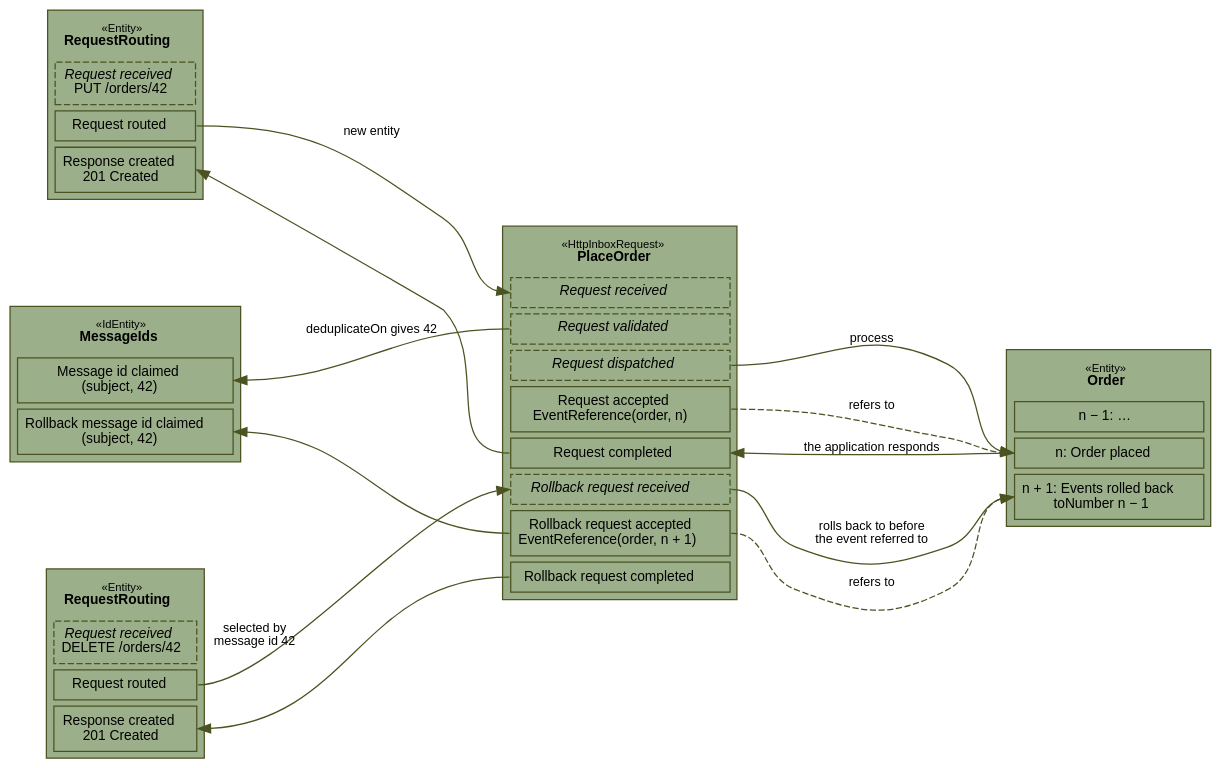
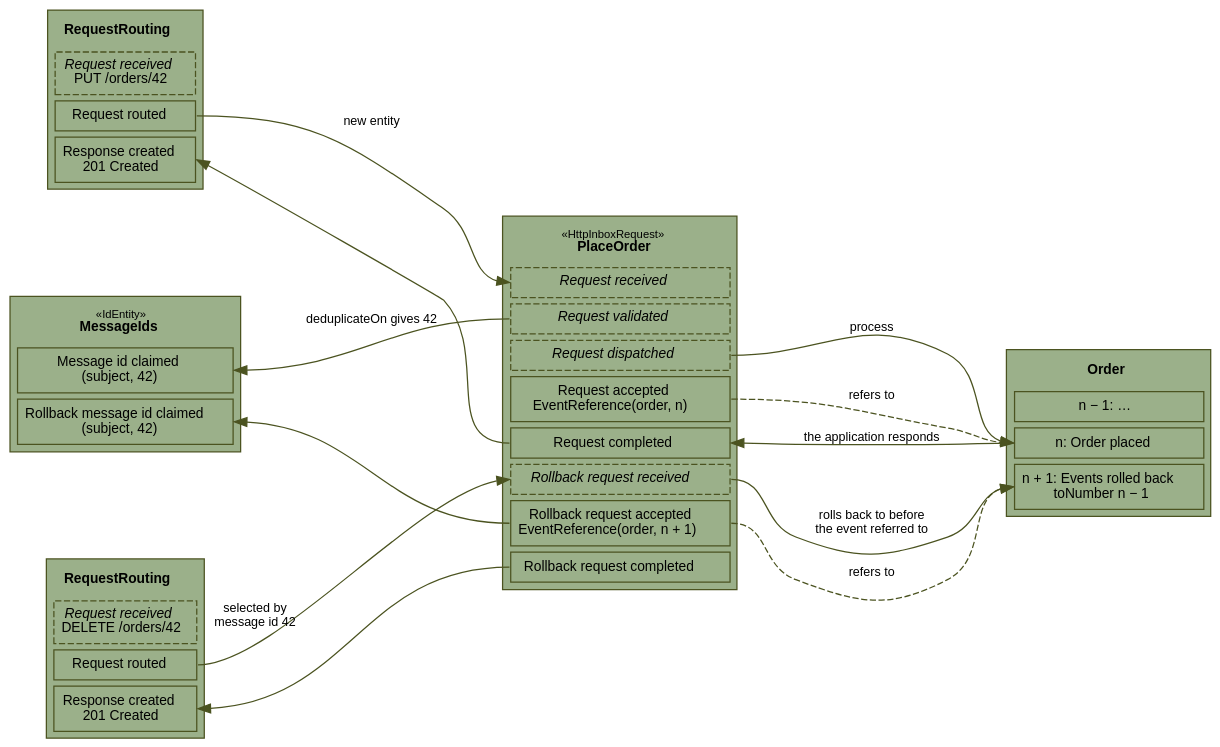
The diagram in doc-diagrams/src/main/resources/com/github/thxmasj/backend/docdiagrams/http-inbox-rollback.dot (the-backend-project/tits), drawn with Graphviz before and after one commit. The commit also changed 1 other file, not shown here.

Commit message:
Leave out the stereotype of a plain entity model in the rollback diagram
Only the entities of another kind than a plain entity model, the inbox
request and MessageIds, have a stereotype.

```diff
--- a/doc-diagrams/src/main/resources/com/github/thxmasj/backend/docdiagrams/http-inbox-rollback.dot
+++ b/doc-diagrams/src/main/resources/com/github/thxmasj/backend/docdiagrams/http-inbox-rollback.dot
@@ -1,72 +1,72 @@
 // How a rollback finds a request of an inbox request, and the events the request caused on the application. Each
-// entity is a box, like a class in a class diagram, with the name of its entity model and the kind of entity as a
-// stereotype, over its events, oldest on top. An event with a dashed border, in italics, leads to a choice, and is not
+// entity is a box, like a class in a class diagram, with the name of its entity model, and the kind of entity as a
+// stereotype unless it is a plain entity model, over its events, oldest on top. An event with a dashed border, in italics, leads to a choice, and is not
 // stored: only the event of the chosen transition is. Solid arrows are triggers, dashed arrows event references. The
 // colours are those of the other diagrams.
 digraph rollback {
   graph [rankdir=LR, nodesep=0.6, ranksep=1.3, fontname="Helvetica", bgcolor="transparent"]
   node [shape=plain, fontname="Helvetica", fontsize=11]
   edge [fontname="Helvetica", fontsize=10, color="#4b5320", fontcolor="#000000"]
 
   put [label=<
     <table border="1" cellborder="1" cellspacing="5" cellpadding="5" bgcolor="#9bb08a" color="#4b5320">
-      <tr><td border="0"><font point-size="9">«Entity»</font><br/><b>RequestRouting</b></td></tr>
+      <tr><td border="0"><b>RequestRouting</b></td></tr>
       <tr><td port="received" style="dashed"><i>Request received</i><br/>PUT /orders/42</td></tr>
       <tr><td port="routed">Request routed</td></tr>
       <tr><td port="response">Response created<br/>201 Created</td></tr>
     </table>>]
 
   delete [label=<
     <table border="1" cellborder="1" cellspacing="5" cellpadding="5" bgcolor="#9bb08a" color="#4b5320">
-      <tr><td border="0"><font point-size="9">«Entity»</font><br/><b>RequestRouting</b></td></tr>
+      <tr><td border="0"><b>RequestRouting</b></td></tr>
       <tr><td port="received" style="dashed"><i>Request received</i><br/>DELETE /orders/42</td></tr>
       <tr><td port="routed">Request routed</td></tr>
       <tr><td port="response">Response created<br/>201 Created</td></tr>
     </table>>]
 
   request [label=<
     <table border="1" cellborder="1" cellspacing="5" cellpadding="5" bgcolor="#9bb08a" color="#4b5320">
       <tr><td border="0"><font point-size="9">«HttpInboxRequest»</font><br/><b>PlaceOrder</b></td></tr>
       <tr><td port="received" style="dashed"><i>Request received</i></td></tr>
       <tr><td port="claim" style="dashed"><i>Request validated</i></td></tr>
       <tr><td port="dispatched" style="dashed"><i>Request dispatched</i></td></tr>
       <tr><td port="accepted">Request accepted<br/>EventReference(order, n)</td></tr>
       <tr><td port="completed">Request completed</td></tr>
       <tr><td port="rb_received" style="dashed"><i>Rollback request received</i></td></tr>
       <tr><td port="rb_accepted">Rollback request accepted<br/>EventReference(order, n + 1)</td></tr>
       <tr><td port="rb_completed">Rollback request completed</td></tr>
     </table>>]
 
   ids [label=<
     <table border="1" cellborder="1" cellspacing="5" cellpadding="5" bgcolor="#9bb08a" color="#4b5320">
       <tr><td border="0"><font point-size="9">«IdEntity»</font><br/><b>MessageIds</b></td></tr>
       <tr><td port="claimed">Message id claimed<br/>(subject, 42)</td></tr>
       <tr><td port="rb_claimed">Rollback message id claimed<br/>(subject, 42)</td></tr>
     </table>>]
 
   order [label=<
     <table border="1" cellborder="1" cellspacing="5" cellpadding="5" bgcolor="#9bb08a" color="#4b5320">
-      <tr><td border="0"><font point-size="9">«Entity»</font><br/><b>Order</b></td></tr>
+      <tr><td border="0"><b>Order</b></td></tr>
       <tr><td port="before">n − 1: …</td></tr>
       <tr><td port="placed">n: Order placed</td></tr>
       <tr><td port="rolled_back">n + 1: Events rolled back<br/>toNumber n − 1</td></tr>
     </table>>]
 
   // Triggers
   put:routed:e -> request:received:w [label="new entity"]
   delete:routed:e -> request:rb_received:w [taillabel="selected by\nmessage id 42", labelangle=30, labeldistance=6]
   request:dispatched:e -> order:placed:w [label="process"]
   request:rb_received:e -> order:rolled_back:w [label="rolls back to before\nthe event referred to"]
   // Triggers against the direction of the layout are drawn reversed, so that they don't loop around the stacks
   request:completed:e -> order:placed:w [dir=back, label="the application responds"]
   put:response:e -> request:completed:w [dir=back]
   ids:claimed:e -> request:claim:w [dir=back, label="deduplicateOn gives 42"]
   ids:rb_claimed:e -> request:rb_accepted:w [dir=back]
   delete:response:e -> request:rb_completed:w [dir=back]
 
   // Event references
   request:accepted:e -> order:placed:w [style=dashed, label="refers to"]
   request:rb_accepted:e -> order:rolled_back:w [style=dashed, label="refers to"]
 
   {rank=same; put -> ids -> delete [style=invis]}
 }
```
